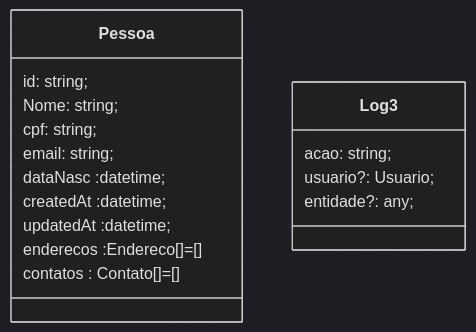
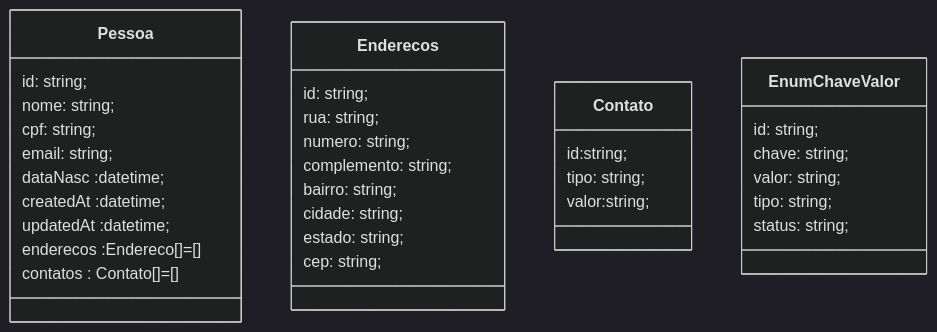
The diagram in Diagrama2.MD (DantasRocha/FinancasTI), drawn with Mermaid (dark theme) before and after one commit.

````diff
--- a/Diagrama2.MD
+++ b/Diagrama2.MD
@@ -5,24 +5,42 @@
 ```mermaid
 classDiagram
 
 
 class Pessoa {
     id: string;
-    Nome: string;
+    nome: string;
     cpf: string;
     email: string;
     dataNasc :datetime;
     createdAt :datetime;
     updatedAt :datetime;
     enderecos :Endereco[]=[]
     contatos : Contato[]=[]
 }
 
 
-class Log3 {
-    acao: string;
-    usuario?: Usuario;
-    entidade?: any;
+class Enderecos {
+    id: string;
+    rua: string;
+    numero: string;
+    complemento: string;
+    bairro: string;
+    cidade: string;
+    estado: string;
+    cep: string;
+}
+class Contato{
+   id:string;
+   tipo: string;
+   valor:string;
+}
+
+class EnumChaveValor{
+    id: string;
+    chave: string;
+    valor: string;
+    tipo: string;
+    status: string;
 }
 
 ```
````
